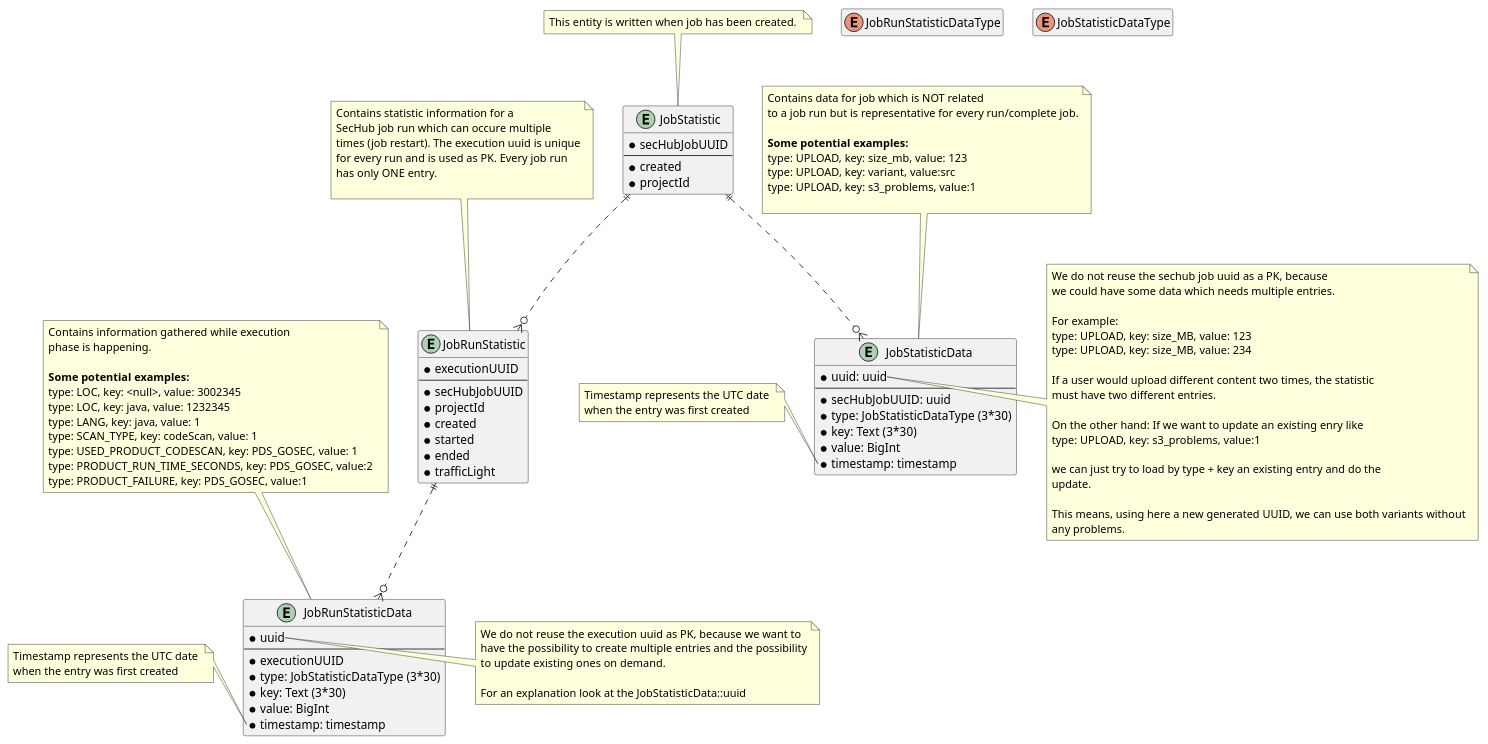
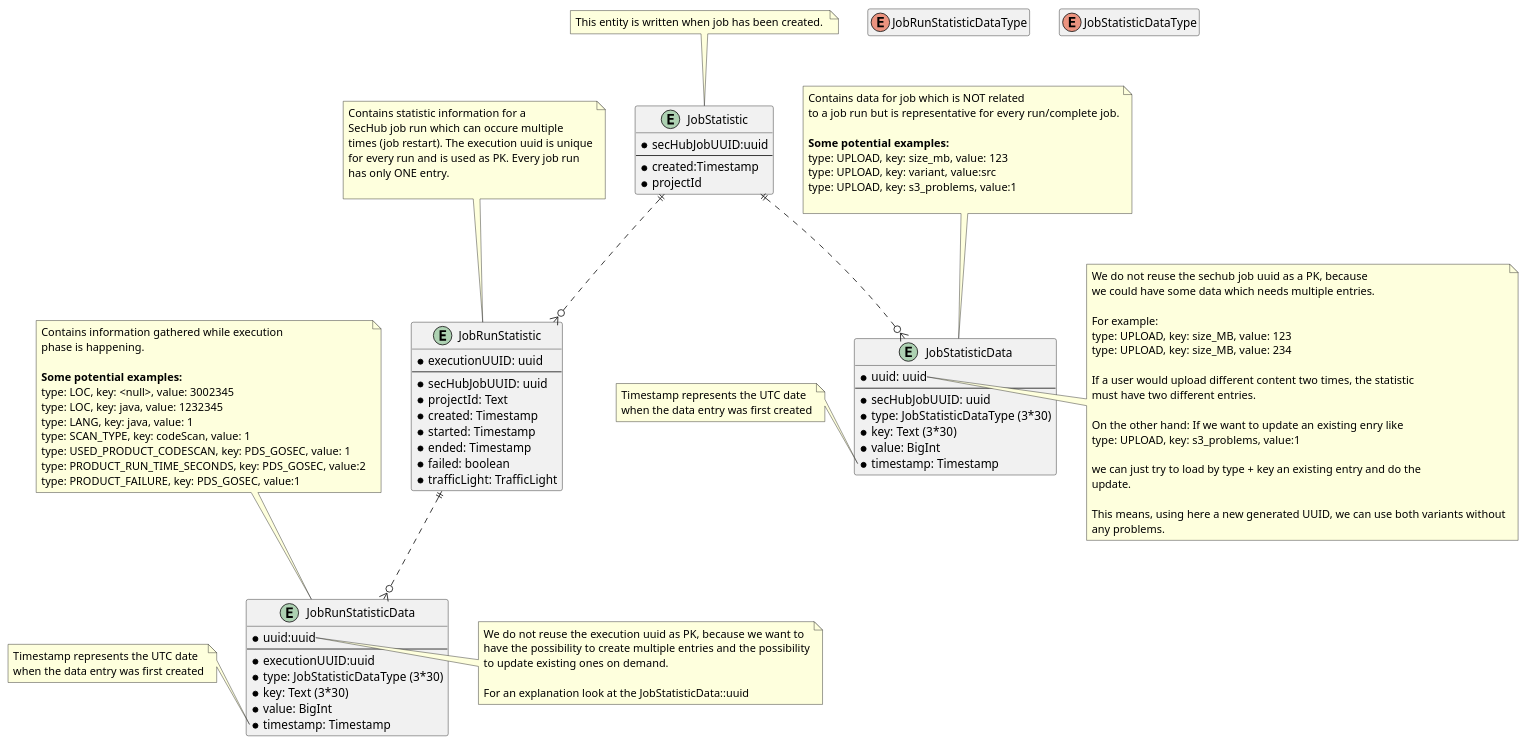
The diagram in sechub-doc/src/docs/asciidoc/diagrams/diagram_em_statistic.puml (mercedes-benz/sechub), drawn with PlantUML before and after one commit. The commit also changed 41 other files, not shown here.

```diff
--- a/sechub-doc/src/docs/asciidoc/diagrams/diagram_em_statistic.puml
+++ b/sechub-doc/src/docs/asciidoc/diagrams/diagram_em_statistic.puml
@@ -1,136 +1,141 @@
 @startuml 
 
+hide empty fields
+hide empty methods
+
+'----------------------------Job statistic--------------------------------------
+
 entity JobStatistic {
-    * secHubJobUUID
+    * secHubJobUUID:uuid
     --
-    * created
+    * created:Timestamp
     * projectId
 }
 
 note top of JobStatistic
 This entity is written when job has been created. 
 end note
 
-'-------------------------------------------------------------------------------
+'----------------------------Job run staistic----------------------------------
 entity JobRunStatistic {
-    * executionUUID
+    * executionUUID: uuid
     --
-    * secHubJobUUID
-    * projectId
-    * created
-    * started
-    * ended
-    * trafficLight
+    * secHubJobUUID: uuid
+    * projectId: Text
+    * created: Timestamp
+    * started: Timestamp
+    * ended: Timestamp
+    * failed: boolean
+    * trafficLight: TrafficLight
 }
 
 note top of JobRunStatistic 
 Contains statistic information for a 
 SecHub job run which can occure multiple 
 times (job restart). The execution uuid is unique
 for every run and is used as PK. Every job run 
 has only ONE entry.
 
 end note
-'-------------------------------------------------------------------------------
+'----------------------------Job statistic data---------------------------------
 entity JobStatisticData {
     * uuid: uuid
     --
     * secHubJobUUID: uuid
     * type: JobStatisticDataType (3*30)
     * key: Text (3*30)
     * value: BigInt
-    * timestamp: timestamp
+    * timestamp: Timestamp
 }
 
 note top of JobStatisticData 
 Contains data for job which is NOT related
 to a job run but is representative for every run/complete job.
 
 **Some potential examples:**
 type: UPLOAD, key: size_mb, value: 123
 type: UPLOAD, key: variant, value:src
 type: UPLOAD, key: s3_problems, value:1
 
 end note
 
 note right of JobStatisticData::uuid
 We do not reuse the sechub job uuid as a PK, because
 we could have some data which needs multiple entries.
 
 For example: 
 type: UPLOAD, key: size_MB, value: 123
 type: UPLOAD, key: size_MB, value: 234
 
 If a user would upload different content two times, the statistic
 must have two different entries.
 
 On the other hand: If we want to update an existing enry like 
 type: UPLOAD, key: s3_problems, value:1
 
 we can just try to load by type + key an existing entry and do the 
 update.
 
 This means, using here a new generated UUID, we can use both variants without
 any problems.  
 end note
 
 note left of JobStatisticData::timestamp
 Timestamp represents the UTC date 
-when the entry was first created
+when the data entry was first created
 end note
 
-'-------------------------------------------------------------------------------
-JobStatistic ||..o{ JobRunStatistic 
-JobStatistic ||..o{ JobStatisticData 
-'-------------------------------------------------------------------------------
+'----------------------------Job run statistic data----------------------------
 
 entity JobRunStatisticData {
-    * uuid
+    * uuid:uuid
     --
-    * executionUUID
+    * executionUUID:uuid
     * type: JobStatisticDataType (3*30)
     * key: Text (3*30)
     * value: BigInt
-    * timestamp: timestamp
+    * timestamp: Timestamp
 }
 
 note left of JobRunStatisticData::timestamp
 Timestamp represents the UTC date 
-when the entry was first created
+when the data entry was first created
 end note
-
-hide empty fields
-hide empty methods
-
-enum JobRunStatisticDataType{
-}
-enum JobStatisticDataType{
-}
 
 note top of JobRunStatisticData 
 Contains information gathered while execution
 phase is happening.
 
 **Some potential examples:**
 type: LOC, key: <null>, value: 3002345
 type: LOC, key: java, value: 1232345
 type: LANG, key: java, value: 1
 type: SCAN_TYPE, key: codeScan, value: 1
 type: USED_PRODUCT_CODESCAN, key: PDS_GOSEC, value: 1
 type: PRODUCT_RUN_TIME_SECONDS, key: PDS_GOSEC, value:2 
 type: PRODUCT_FAILURE, key: PDS_GOSEC, value:1 
 end note
 
 
 note right of JobRunStatisticData::uuid
 We do not reuse the execution uuid as PK, because we want to
 have the possibility to create multiple entries and the possibility
 to update existing ones on demand.
 
 For an explanation look at the JobStatisticData::uuid
 end note
 
+'--------------------------Relations--------------------------------------------
+JobStatistic ||..o{ JobStatisticData 
+
+JobStatistic ||..o{ JobRunStatistic 
 JobRunStatistic ||..o{ JobRunStatisticData 
 '-------------------------------------------------------------------------------
 
+
+enum JobRunStatisticDataType{
+}
+enum JobStatisticDataType{
+}
+
 @enduml 
```
